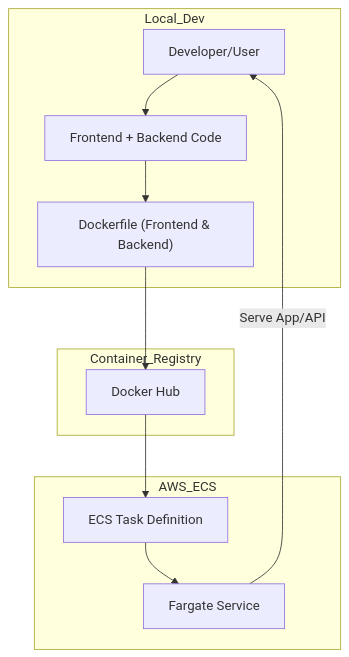
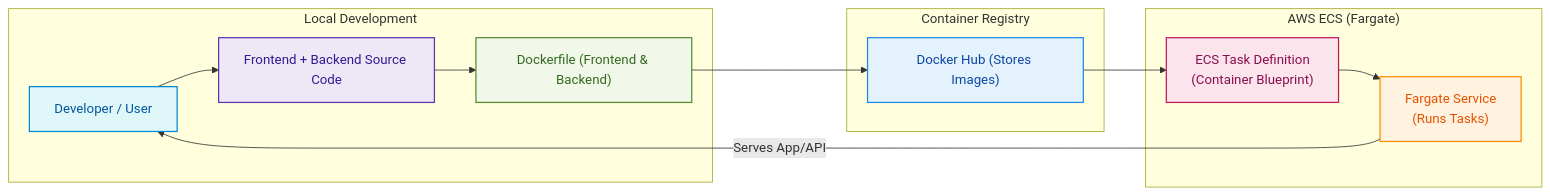
The diagram in docs/task-definition.mmd (bansikah22/cloudnotes), drawn with Mermaid before and after one commit.

Commit message:
Refactor task definition diagram for clarity

```diff
--- a/docs/task-definition.mmd
+++ b/docs/task-definition.mmd
@@ -1,19 +1,54 @@
-flowchart TD
-    subgraph Local_Dev
-        User["Developer/User"]
-        Code["Frontend + Backend Code"]
-        Dockerfile["Dockerfile (Frontend & Backend)"]
-    end
+flowchart LR
 
-    subgraph Container_Registry
-        DockerHub["Docker Hub"]
-    end
+%% ============================
+%% LOCAL DEVELOPMENT SECTION
+%% ============================
+subgraph Local["Local Development"]
+    User["Developer / User"]
+    Code["Frontend + Backend Source Code"]
+    Dockerfile["Dockerfile (Frontend & Backend)"]
+end
 
-    subgraph AWS_ECS
-        TaskDef["ECS Task Definition"]
-        FargateService["Fargate Service"]
-    end
+%% ============================
+%% CONTAINER REGISTRY SECTION
+%% ============================
+subgraph Registry["Container Registry"]
+    DockerHub["Docker Hub (Stores Images)"]
+end
 
-    User --> Code --> Dockerfile --> DockerHub
-    DockerHub --> TaskDef --> FargateService
-    FargateService -->|Serve App/API| User
+%% ============================
+%% AWS ECS SECTION
+%% ============================
+subgraph ECS["AWS ECS (Fargate)"]
+    TaskDef["ECS Task Definition<br>(Container Blueprint)"]
+    FargateService["Fargate Service<br>(Runs Tasks)"]
+end
+
+%% ============================
+%% FLOW CONNECTIONS
+%% ============================
+User --> Code --> Dockerfile --> DockerHub
+DockerHub --> TaskDef --> FargateService
+FargateService -->|Serves App/API| User
+
+%% ============================
+%% STYLING (Soft Pastel Theme)
+%% ============================
+classDef dev fill:#e0f7fa,stroke:#0288d1,color:#01579b,stroke-width:1.5px;
+classDef code fill:#ede7f6,stroke:#5e35b1,color:#311b92,stroke-width:1.5px;
+classDef dockerfile fill:#f1f8e9,stroke:#558b2f,color:#33691e,stroke-width:1.5px;
+
+classDef registry fill:#e3f2fd,stroke:#1e88e5,color:#0d47a1,stroke-width:1.5px;
+
+classDef ecs fill:#fce4ec,stroke:#c2185b,color:#880e4f,stroke-width:1.5px;
+classDef service fill:#fff3e0,stroke:#fb8c00,color:#e65100,stroke-width:1.5px;
+
+%% Apply styles
+class User dev
+class Code code
+class Dockerfile dockerfile
+
+class DockerHub registry
+
+class TaskDef ecs
+class FargateService service
```
